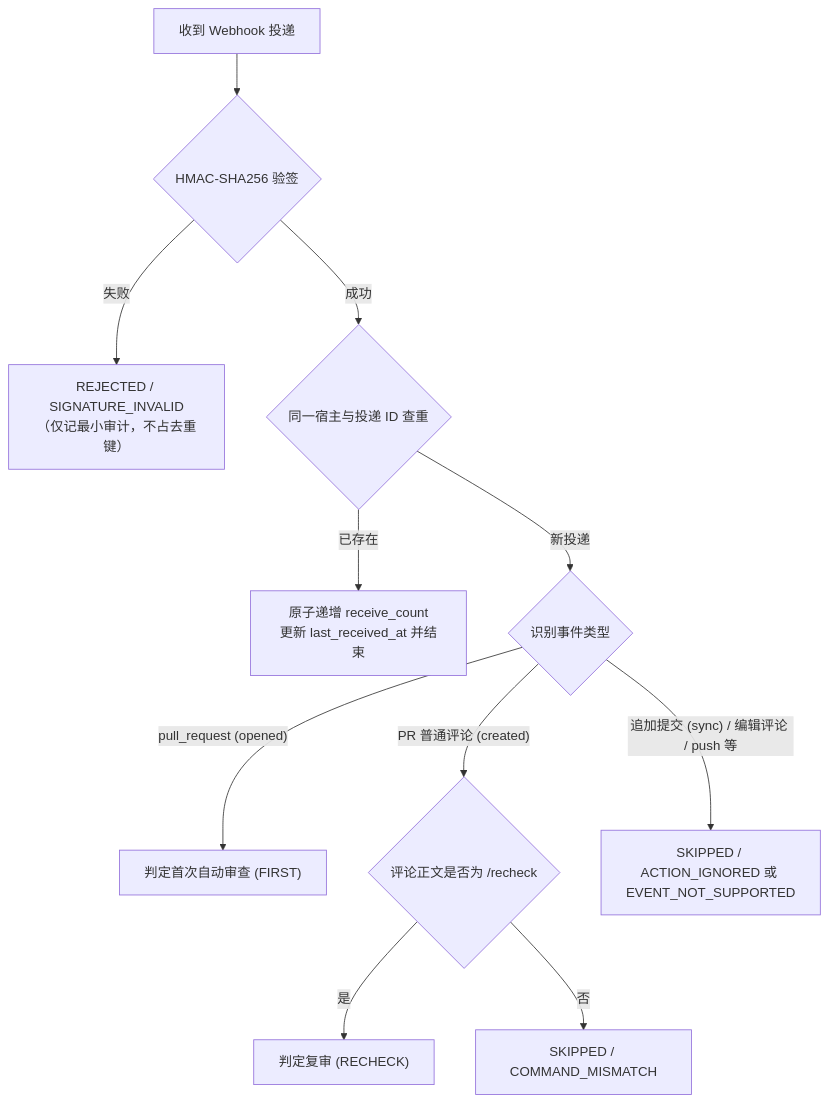
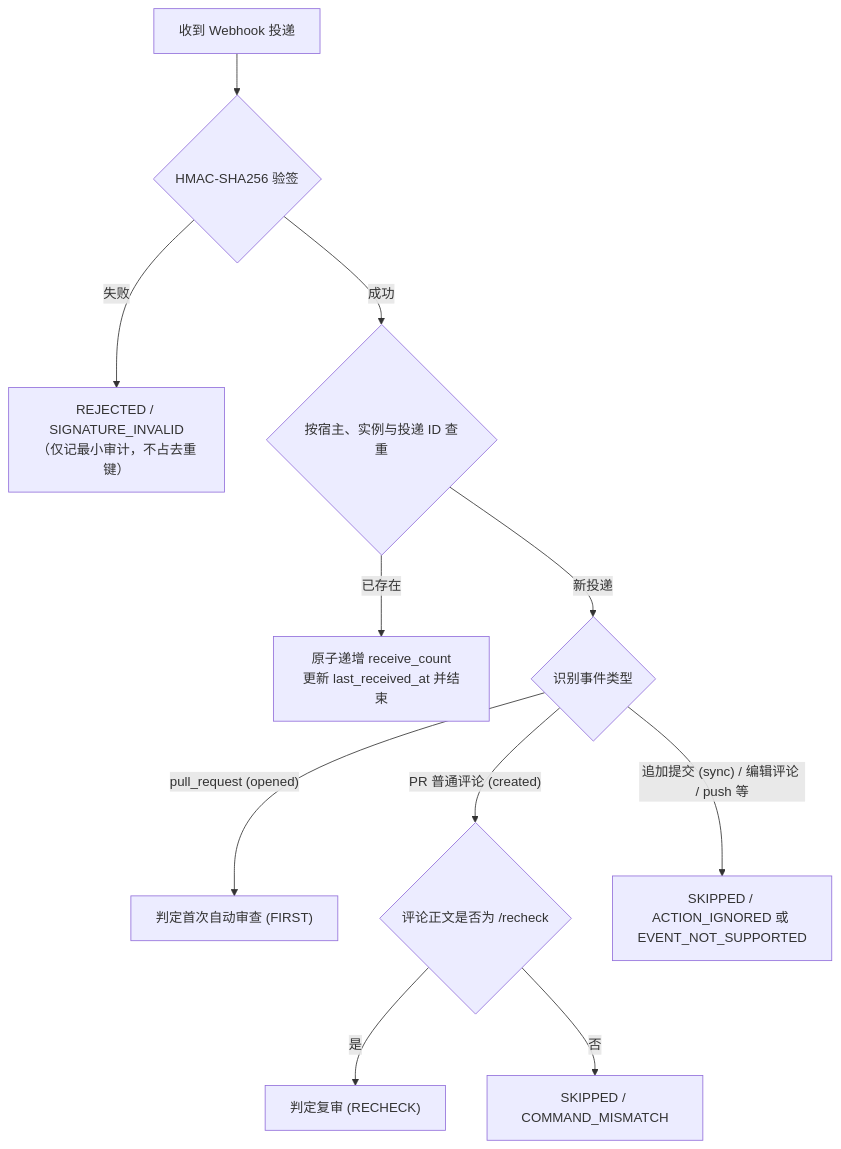
The diagram in docs/work/gitea-pr-auto-review/pra-01-contract.md (bakemonoingithub/codereview), drawn with Mermaid before and after one commit. The commit also changed other lines of this file and 26 other files, not shown here.

````diff
--- a/docs/work/gitea-pr-auto-review/pra-01-contract.md
+++ b/docs/work/gitea-pr-auto-review/pra-01-contract.md
@@ -31,15 +37,15 @@
 ```mermaid
 flowchart TD
     In["收到 Webhook 投递"] --> SigCheck{"HMAC-SHA256 验签"}
     SigCheck -- 失败 --> Reject["REJECTED / SIGNATURE_INVALID<br>（仅记最小审计，不占去重键）"]
-    SigCheck -- 成功 --> DupCheck{"同一宿主与投递 ID 查重"}
+    SigCheck -- 成功 --> DupCheck{"按宿主、实例与投递 ID 查重"}
     DupCheck -- 已存在 --> Replay["原子递增 receive_count<br>更新 last_received_at 并结束"]
     DupCheck -- 新投递 --> EventType{"识别事件类型"}
     
     EventType -- "pull_request (opened)" --> FirstReview["判定首次自动审查 (FIRST)"]
     EventType -- "PR 普通评论 (created)" --> CheckCmd{"评论正文是否为 /recheck"}
     EventType -- "追加提交 (sync) / 编辑评论 / push 等" --> Skip["SKIPPED / ACTION_IGNORED 或 EVENT_NOT_SUPPORTED"]
     
     CheckCmd -- 是 --> RecheckReview["判定复审 (RECHECK)"]
     CheckCmd -- 否 --> SkipCmd["SKIPPED / COMMAND_MISMATCH"]
 ```
````
